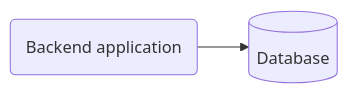
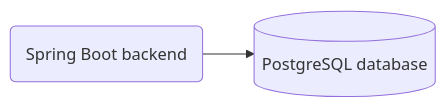
The diagram in material/sprint-1.md (software-development-project-1/software-development-project-1.github.io), drawn with Mermaid before and after one commit. The commit also changed other lines of this file and 12 other files, not shown here.

````diff
--- a/material/sprint-1.md
+++ b/material/sprint-1.md
@@ -534,4 +534,4 @@
 ```mermaid
 flowchart LR
-    server(Backend application)-->db[(Database)]
+    server(Spring Boot backend)-->db[(PostgreSQL database)]
 ```
````
